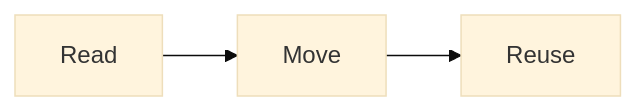
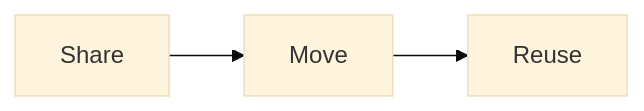
The diagram in guide/open-publishing-space.md (paulhibbitts/docsify-this-read-move-reuse-site), drawn with Mermaid (base theme) before and after one commit. The commit also changed 3 other files, not shown here.

Commit message:
Share, Move, Reuse diagram and objectives, and the Pressbooks table in Part 3.

````diff
--- a/guide/open-publishing-space.md
+++ b/guide/open-publishing-space.md
@@ -15,4 +15,4 @@
 ```mermaid
 flowchart LR
-  A[Read] --> B[Move] --> C[Reuse]
+  A[Share] --> B[Move] --> C[Reuse]
 ```
````
